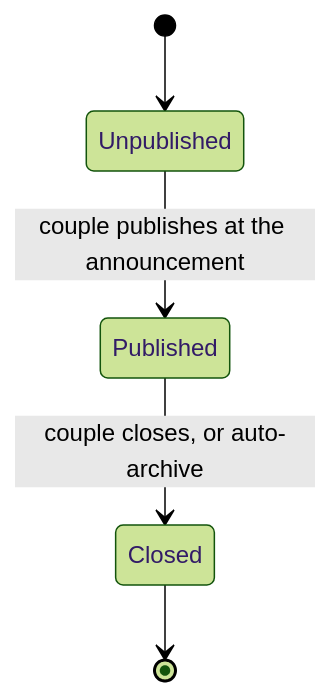
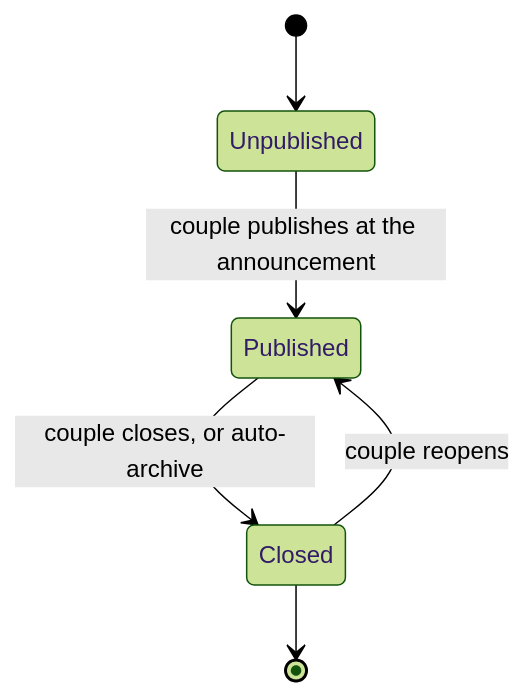
The second of 2 diagrams in docs/prd.md (daniel1mor3055/il-wishlist-registry), drawn with Mermaid (forest theme) before and after one commit. The commit also changed other lines of this file and 1 other file, not shown here.

Commit message:
Lock the couple's ledger decisions: tracker, corrections, reversible close (D52-D57).

````diff
--- a/docs/prd.md
+++ b/docs/prd.md
@@ -61,7 +61,8 @@
 ```mermaid
 stateDiagram-v2
   [*] --> Unpublished
   Unpublished --> Published: couple publishes at the announcement
   Published --> Closed: couple closes, or auto-archive
+  Closed --> Published: couple reopens
   Closed --> [*]
 ```
````
